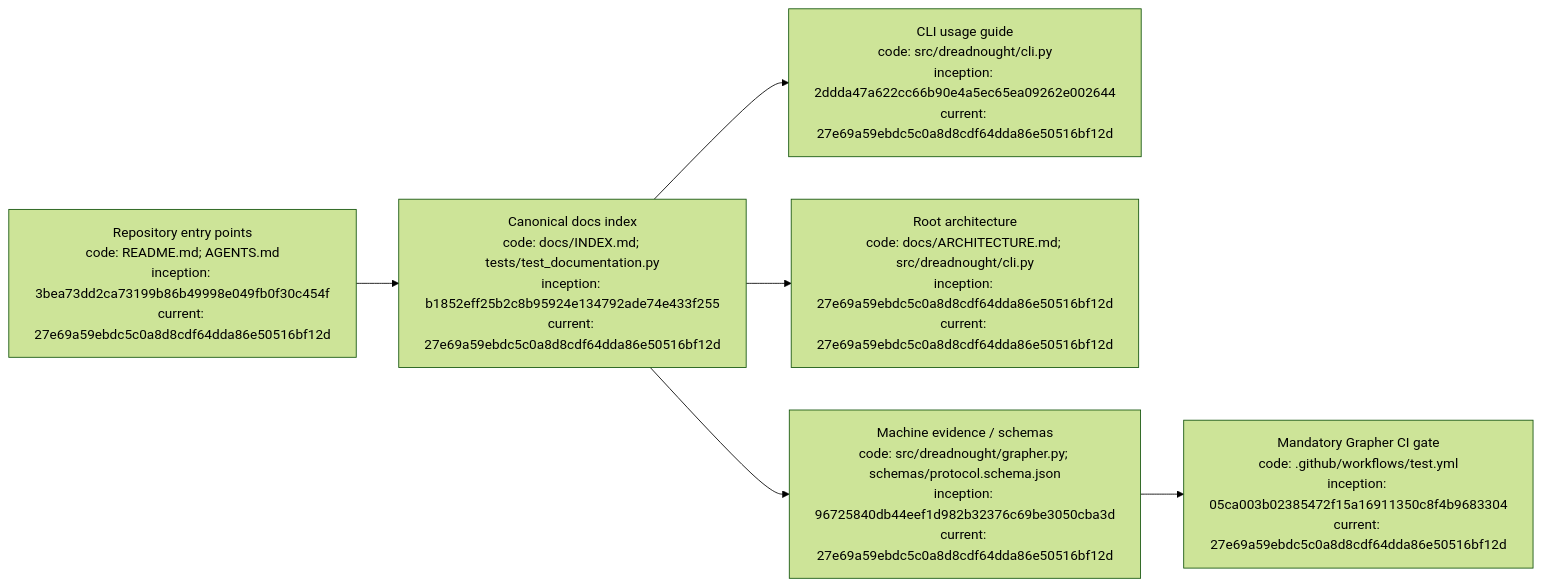
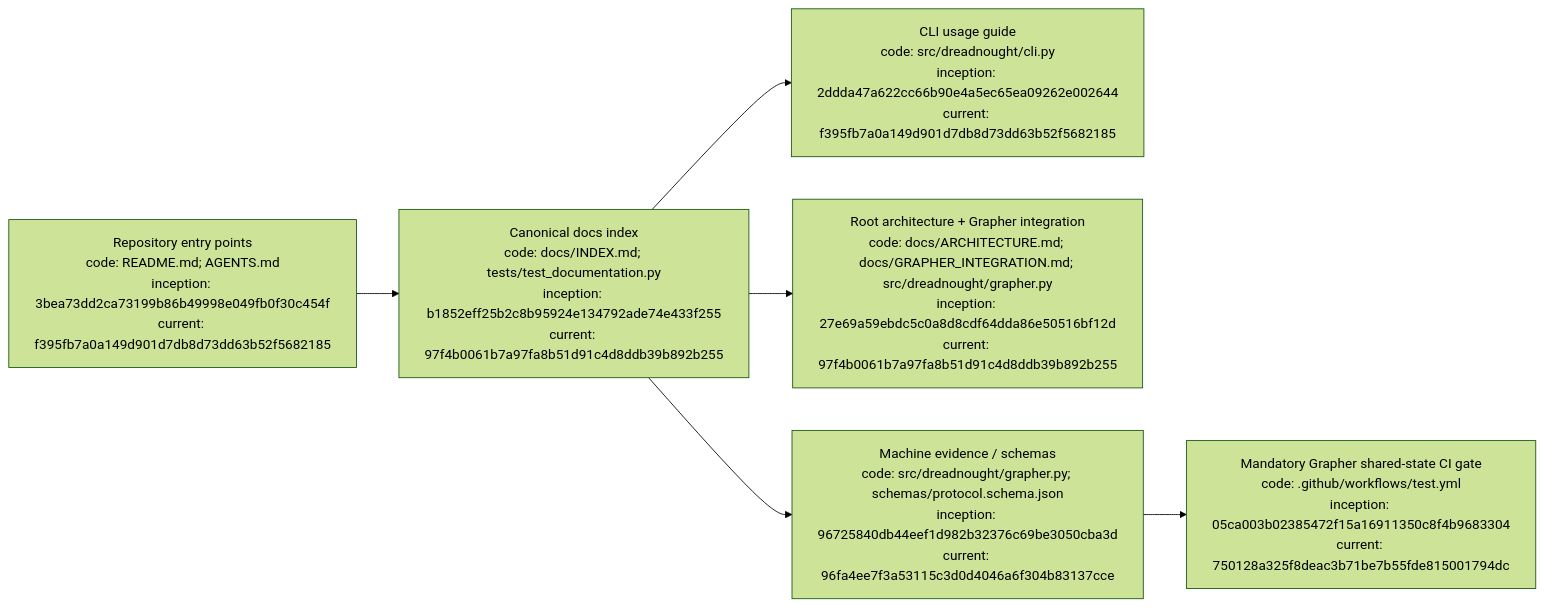
The diagram in docs/INDEX.md (seanbman/dreadnought), drawn with Mermaid (forest theme) before and after one commit. The commit also changed other lines of this file, not shown here.

Commit message:
Index Grapher integration and shared-state governance

````diff
--- a/docs/INDEX.md
+++ b/docs/INDEX.md
@@ -61,8 +62,8 @@
 ```mermaid
 flowchart LR
-    R["Repository entry points\ncode: README.md; AGENTS.md\ninception: 3bea73dd2ca73199b86b49998e049fb0f30c454f\ncurrent: 27e69a59ebdc5c0a8d8cdf64dda86e50516bf12d"] --> I["Canonical docs index\ncode: docs/INDEX.md; tests/test_documentation.py\ninception: b1852eff25b2c8b95924e134792ade74e433f255\ncurrent: 27e69a59ebdc5c0a8d8cdf64dda86e50516bf12d"]
-    I --> C["CLI usage guide\ncode: src/dreadnought/cli.py\ninception: 2ddda47a622cc66b90e4a5ec65ea09262e002644\ncurrent: 27e69a59ebdc5c0a8d8cdf64dda86e50516bf12d"]
-    I --> A["Root architecture\ncode: docs/ARCHITECTURE.md; src/dreadnought/cli.py\ninception: 27e69a59ebdc5c0a8d8cdf64dda86e50516bf12d\ncurrent: 27e69a59ebdc5c0a8d8cdf64dda86e50516bf12d"]
-    I --> P["Machine evidence / schemas\ncode: src/dreadnought/grapher.py; schemas/protocol.schema.json\ninception: 96725840db44eef1d982b32376c69be3050cba3d\ncurrent: 27e69a59ebdc5c0a8d8cdf64dda86e50516bf12d"]
-    P --> G["Mandatory Grapher CI gate\ncode: .github/workflows/test.yml\ninception: 05ca003b02385472f15a16911350c8f4b9683304\ncurrent: 27e69a59ebdc5c0a8d8cdf64dda86e50516bf12d"]
+    R["Repository entry points\ncode: README.md; AGENTS.md\ninception: 3bea73dd2ca73199b86b49998e049fb0f30c454f\ncurrent: f395fb7a0a149d901d7db8d73dd63b52f5682185"] --> I["Canonical docs index\ncode: docs/INDEX.md; tests/test_documentation.py\ninception: b1852eff25b2c8b95924e134792ade74e433f255\ncurrent: 97f4b0061b7a97fa8b51d91c4d8ddb39b892b255"]
+    I --> C["CLI usage guide\ncode: src/dreadnought/cli.py\ninception: 2ddda47a622cc66b90e4a5ec65ea09262e002644\ncurrent: f395fb7a0a149d901d7db8d73dd63b52f5682185"]
+    I --> A["Root architecture + Grapher integration\ncode: docs/ARCHITECTURE.md; docs/GRAPHER_INTEGRATION.md; src/dreadnought/grapher.py\ninception: 27e69a59ebdc5c0a8d8cdf64dda86e50516bf12d\ncurrent: 97f4b0061b7a97fa8b51d91c4d8ddb39b892b255"]
+    I --> P["Machine evidence / schemas\ncode: src/dreadnought/grapher.py; schemas/protocol.schema.json\ninception: 96725840db44eef1d982b32376c69be3050cba3d\ncurrent: 96fa4ee7f3a53115c3d0d4046a6f304b83137cce"]
+    P --> G["Mandatory Grapher shared-state CI gate\ncode: .github/workflows/test.yml\ninception: 05ca003b02385472f15a16911350c8f4b9683304\ncurrent: 750128a325f8deac3b71be7b55fde815001794dc"]
 ```
````
